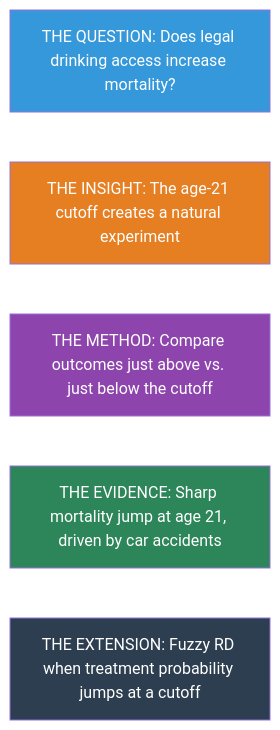
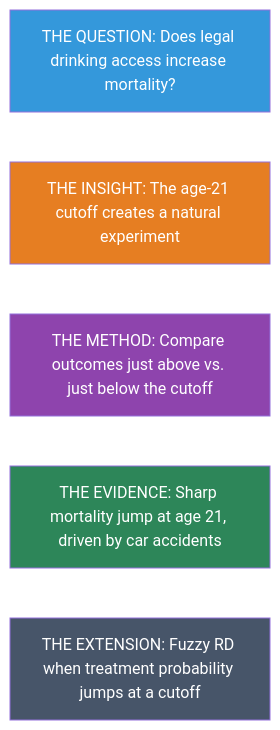
One commit to cmg777/intro2causal changed the first of 2 diagrams in notebooks_md/04-regression-discontinuity.md. Above: the diagram before and after it, drawn with Mermaid. The commit also changed other lines of this file and 17 other files, not shown here.

````diff
--- a/notebooks_md/04-regression-discontinuity.md
+++ b/notebooks_md/04-regression-discontinuity.md
@@ -25,18 +28,18 @@
 ```mermaid
 
 graph TD
     A["THE QUESTION: Does legal drinking access increase mortality?"]
     B["THE INSIGHT: The age-21 cutoff creates a natural experiment"]
     C["THE METHOD: Compare outcomes just above vs. just below the cutoff"]
     D["THE EVIDENCE: Sharp mortality jump at age 21, driven by car accidents"]
     E["THE EXTENSION: Fuzzy RD when treatment probability jumps at a cutoff"]
 
     A --> B --> C --> D --> E
 
     style A fill:#3498db,color:#fff
     style B fill:#e67e22,color:#fff
     style C fill:#8e44ad,color:#fff
     style D fill:#2d8659,color:#fff
-    style E fill:#2c3e50,color:#fff
+    style E fill:#475569,color:#fff
     linkStyle default stroke:#fff,stroke-width:2px
 ```
````
